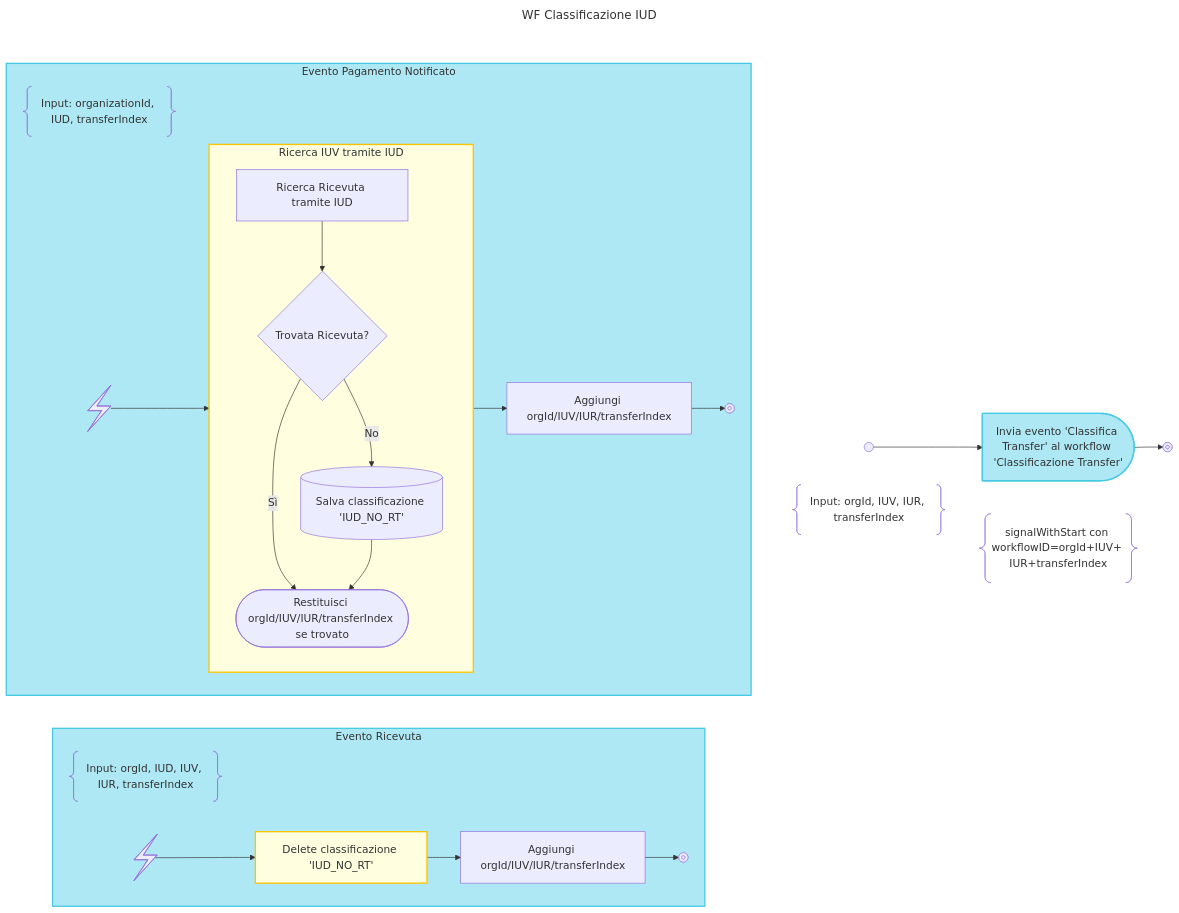
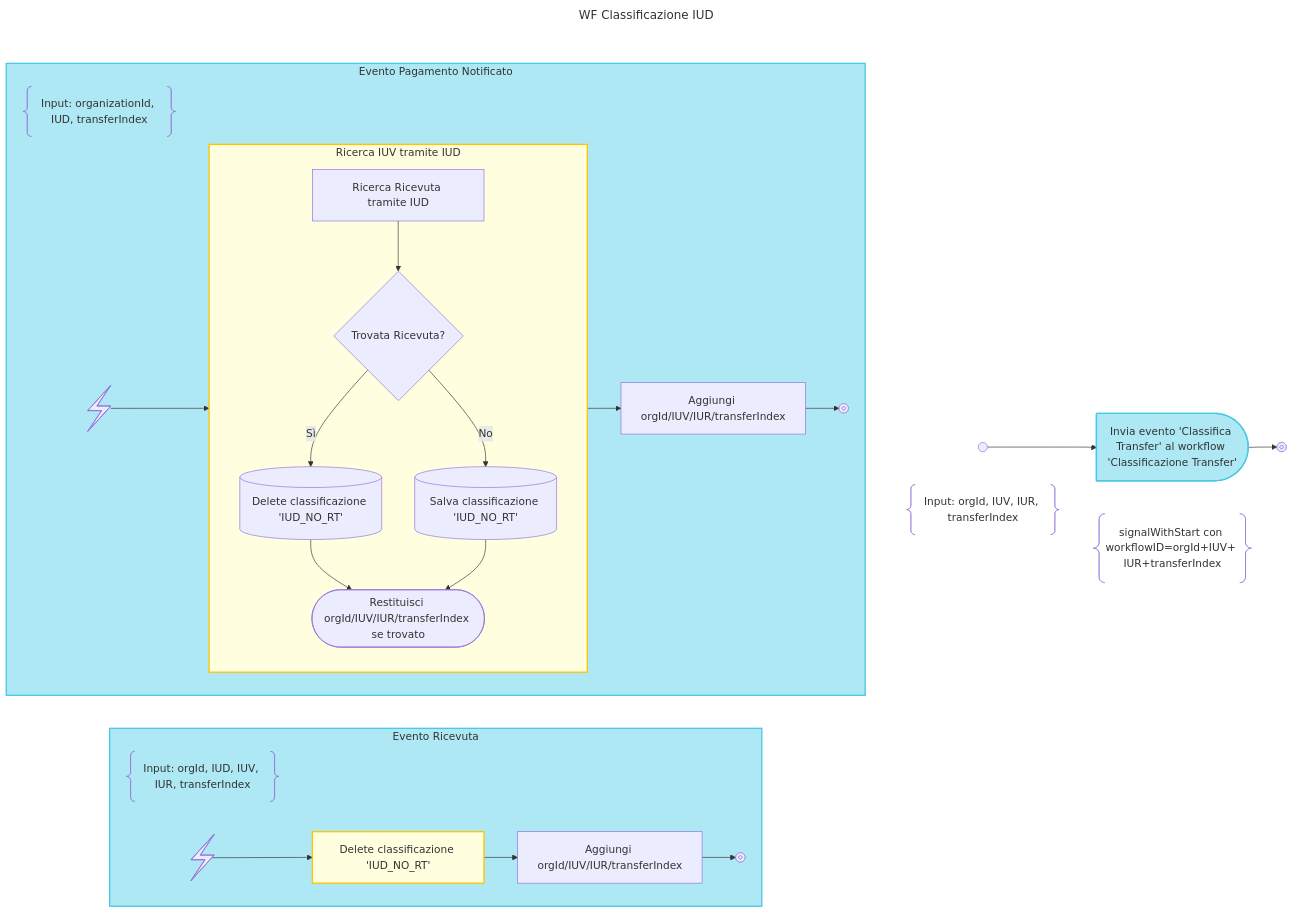
Before and after one commit to pagopa/p4pa-doc: the diagram in design/workflow/classificazioneIncassi/06.classificazioneIud.mmd, drawn with Mermaid. The commit also changed 3 other files, not shown here.

```diff
--- a/design/workflow/classificazioneIncassi/06.classificazioneIud.mmd
+++ b/design/workflow/classificazioneIncassi/06.classificazioneIud.mmd
@@ -1,80 +1,82 @@
 ---
 title: WF Classificazione IUD
 config:
     flowchart:
         rankSpacing: 1
 ---
 flowchart TD
     subgraph WF_BLOCK
         subgraph NOTE_START_BLOCK
             DESCRIPTION@{ shape: braces, label: "Input: orgId, IUV, IUR, transferIndex" }
             START@{shape: start}
         end
         class NOTE_START_BLOCK hidden
 
         START -->
         SIGNAL_IUV:::send-signal@{shape: delay, label: "Invia evento 'Classifica Transfer' al workflow 'Classificazione Transfer'"}
 
         subgraph NOTE_SIGNAL_IUV_BLOCK
             SIGNAL_IUV
             NOTE_SIGNAL_IUV@{ shape: braces, label: "signalWithStart con workflowID=orgId+IUV+ IUR+transferIndex" }
         end
         class NOTE_SIGNAL_IUV_BLOCK note_block
 
         SIGNAL_IUV --> END@{shape: stop}
     end
     class WF_BLOCK hidden
 
     subgraph SIGNALS_BLOCK
     direction LR
 
         subgraph SIGNAL_RT_BLOCK["Evento Ricevuta"]
         direction LR
             DESCRIPTION_SIGNAL_RT@{ shape: braces, label: "Input: orgId, IUD, IUV, IUR, transferIndex" } -->
             DUMMY1:::hidden --> DUMMY2:::hidden--> DUMMY3:::hidden
             linkStyle 2,3,4 display:none
 
             SIGNAL_RT@{ shape: bolt } -->
             DELETE_CLASSIFY_NULL_IUV:::activity@{label: "Delete classificazione 'IUD_NO_RT'"} -->
             ADD_RT_IUV["Aggiungi orgId/IUV/IUR/transferIndex "] -->
             SIGNAL_RT_END@{ shape: "stop" }
         end
         class SIGNAL_RT_BLOCK signal_block
 
         subgraph SIGNAL_RN_BLOCK["Evento Pagamento Notificato"]
         direction LR
             DESCRIPTION_SIGNAL_RN@{ shape: braces, label: "Input: organizationId, IUD, transferIndex" } -->
             DUMMY4:::hidden --> DUMMY5:::hidden --> DUMMY6:::hidden
             linkStyle 8,9,10 display:none;
 
 
 
             SIGNAL_RN@{ shape: bolt } --> FIND_RT_ACTIVITY
 
             subgraph FIND_RT_ACTIVITY["Ricerca IUV tramite IUD"]
                 FIND_RT_IUD["Ricerca Ricevuta tramite IUD"] -->
                 EXISTS_RT_IUD{"Trovata Ricevuta?"}
 
-                EXISTS_RT_IUD -->|Sì|RETURN_RT_IUV@{shape: terminal, label: "Restituisci orgId/IUV/IUR/transferIndex se trovato"}
+                EXISTS_RT_IUD -->
+                |Sì|DELETE_RN_ANOMALY@{shape: database, label: "Delete classificazione 'IUD_NO_RT'"} -->
+                RETURN_RT_IUV@{shape: terminal, label: "Restituisci orgId/IUV/IUR/transferIndex se trovato"}
 
                 EXISTS_RT_IUD -->
                 |No|SAVE_RN_ANOMALY@{shape: database, label: "Salva classificazione 'IUD_NO_RT'"} -->
                 RETURN_RT_IUV
             end
             class FIND_RT_ACTIVITY activity
 
             FIND_RT_ACTIVITY -->
             ADD_RN_IUV["Aggiungi orgId/IUV/IUR/transferIndex "] -->
             SIGNAL_RN_END@{ shape: "stop" }
 
         end
         class SIGNAL_RN_BLOCK signal_block
     end
     class SIGNALS_BLOCK hidden
 
     classDef note_block display:none;
     classDef hidden display:none;
     classDef activity fill:#FFFFE0, stroke:#ffc300, stroke-width:2px;
     classDef loop fill:#CCFFCC, stroke:#7FBF7F, stroke-width:2px, padding-bottom: 5px;
     classDef signal_block fill:#ade8f4, stroke:#48cae4, stroke-width:2px
     classDef send-signal fill:#ade8f4, stroke:#48cae4, stroke-width:2px
```
